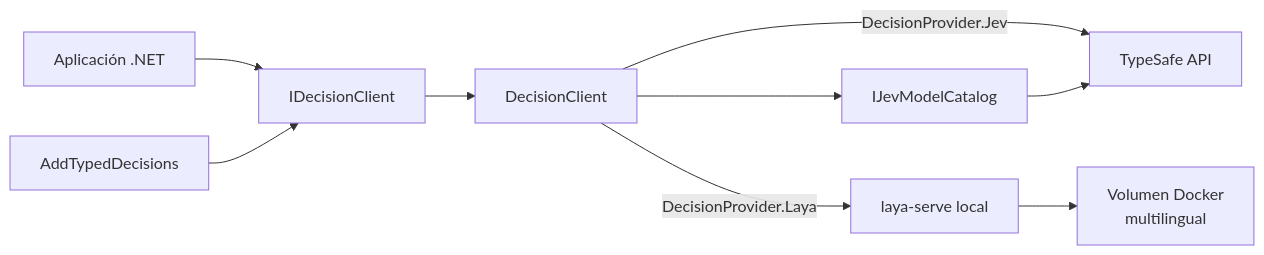
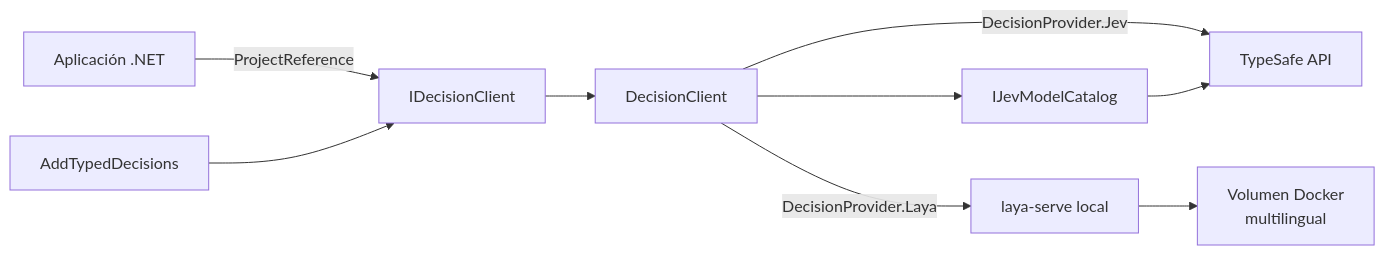
One commit to adelaserna82/jev-model-net-sdk changed the diagram in docs/wiki/architecture.md. Above: the diagram before and after it, drawn with Mermaid. The commit also changed other lines of this file and 2 other files, not shown here.

Commit message:
Clarify source integration in wiki

````diff
--- a/docs/wiki/architecture.md
+++ b/docs/wiki/architecture.md
@@ -3,11 +3,11 @@
 ```mermaid
 flowchart LR
-    App[Aplicación .NET] --> API[IDecisionClient]
+    App[Aplicación .NET] -->|ProjectReference| API[IDecisionClient]
     DI[AddTypedDecisions] --> API
     API --> Client[DecisionClient]
     Client -->|DecisionProvider.Jev| Jev[TypeSafe API]
     Client -->|DecisionProvider.Laya| Laya[laya-serve local]
     Client --> Catalog[IJevModelCatalog]
     Catalog --> Jev
     Laya --> Weights[Volumen Docker\nmultilingual]
 ```
````
